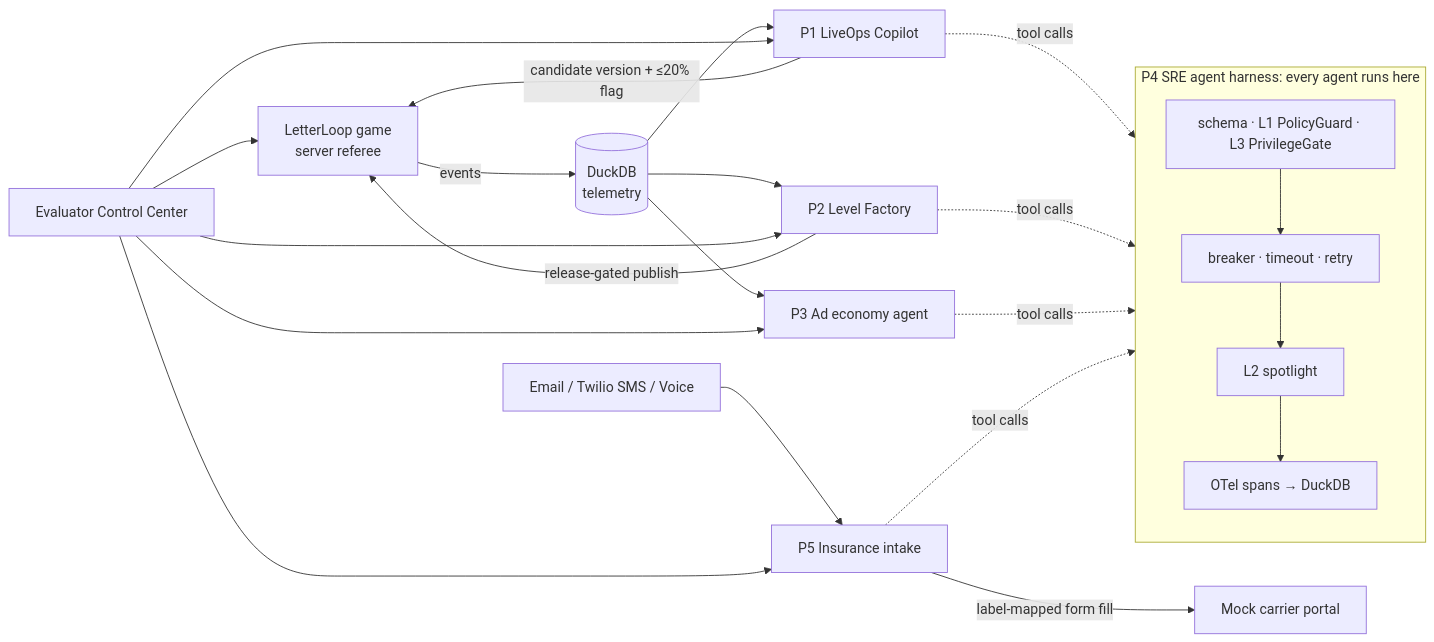
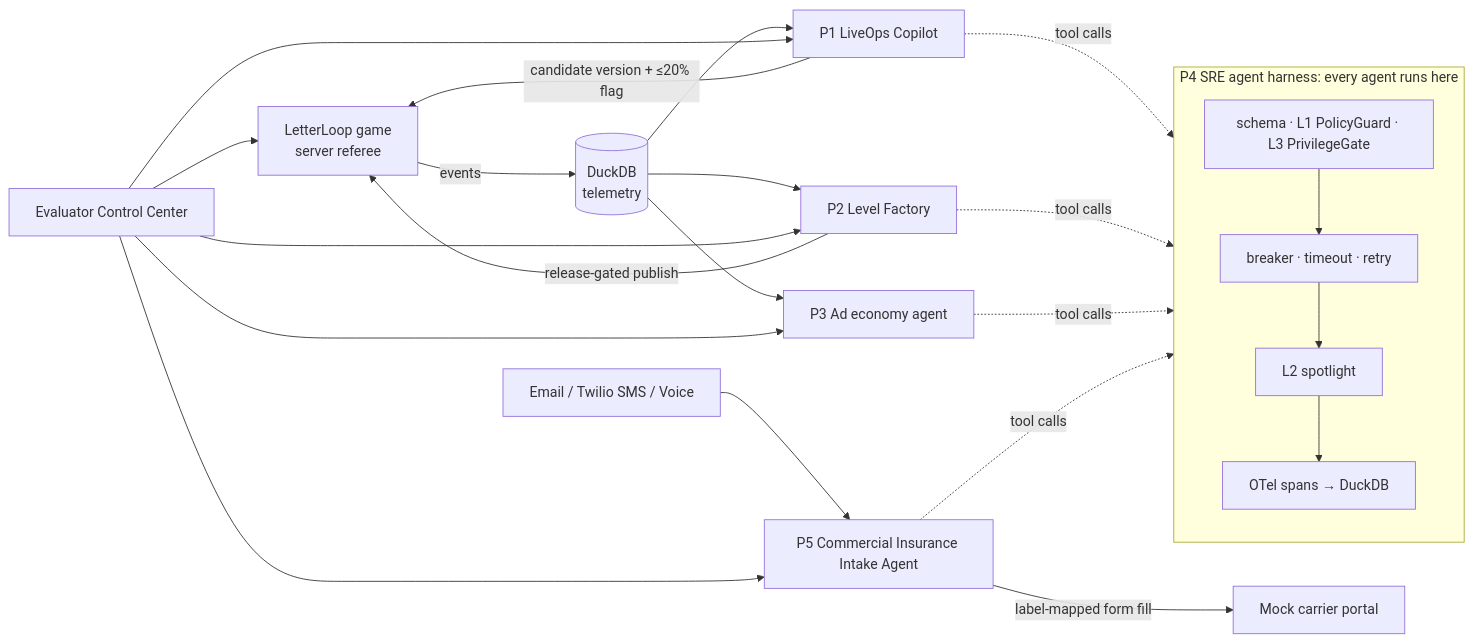
The diagram in README.md (akshitsubudhi/wordforge-agents), drawn with Mermaid before and after one commit. The commit also changed other lines of this file and 12 other files, not shown here.

First line of the commit message:
Display name: Commercial Insurance Intake Agent

````diff
--- a/README.md
+++ b/README.md
@@ -59,17 +59,17 @@
 ```mermaid
 flowchart LR
     G[LetterLoop game<br/>server referee] -->|events| T[(DuckDB<br/>telemetry)]
     T --> C[P1 LiveOps Copilot]
     T --> F[P2 Level Factory]
     T --> A[P3 Ad economy agent]
-    S[Email / Twilio SMS / Voice] --> I[P5 Insurance intake]
+    S[Email / Twilio SMS / Voice] --> I[P5 Commercial Insurance Intake Agent]
     C -->|candidate version + ≤20% flag| G
     F -->|release-gated publish| G
     I -->|label-mapped form fill| P[Mock carrier portal]
     subgraph H[P4 SRE agent harness: every agent runs here]
         direction TB
         V[schema · L1 PolicyGuard · L3 PrivilegeGate] --> R[breaker · timeout · retry] --> L2[L2 spotlight] --> TR[OTel spans → DuckDB]
     end
     C & F & A & I -.tool calls.-> H
     CC[Evaluator Control Center] --> C & F & A & I & G
 ```
````
